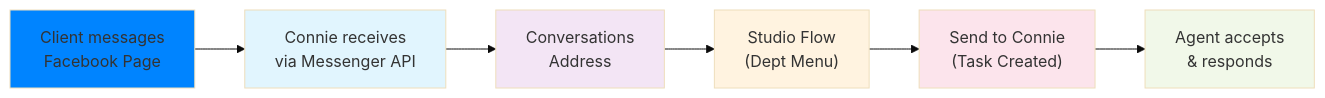
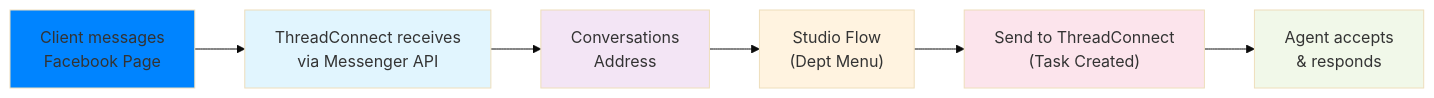
The first of 2 diagrams in docs/end-users/administrators/channels/social-media/facebook-messenger/index.md (ConnieML/docs.connie), drawn with Mermaid (base theme) before and after one commit. The commit also changed other lines of this file and 139 other files, not shown here.

First line of the commit message:
Rebrand body text: Connie -> ThreadConnect across docs (CEO order 2026-10-30)

````diff
--- a/docs/end-users/administrators/channels/social-media/facebook-messenger/index.md
+++ b/docs/end-users/administrators/channels/social-media/facebook-messenger/index.md
@@ -17,15 +17,15 @@
 ```mermaid
 flowchart LR
-    A["Client messages\nFacebook Page"] --> B["Connie receives\nvia Messenger API"]
+    A["Client messages\nFacebook Page"] --> B["ThreadConnect receives\nvia Messenger API"]
     B --> C["Conversations\nAddress"]
     C --> D["Studio Flow\n(Dept Menu)"]
-    D --> E["Send to Connie\n(Task Created)"]
+    D --> E["Send to ThreadConnect\n(Task Created)"]
     E --> F["Agent accepts\n& responds"]
 
     style A fill:#0084FF
     style B fill:#e1f5fe
     style C fill:#f3e5f5
     style D fill:#fff3e0
     style E fill:#fce4ec
     style F fill:#f1f8e9
 ```
````
